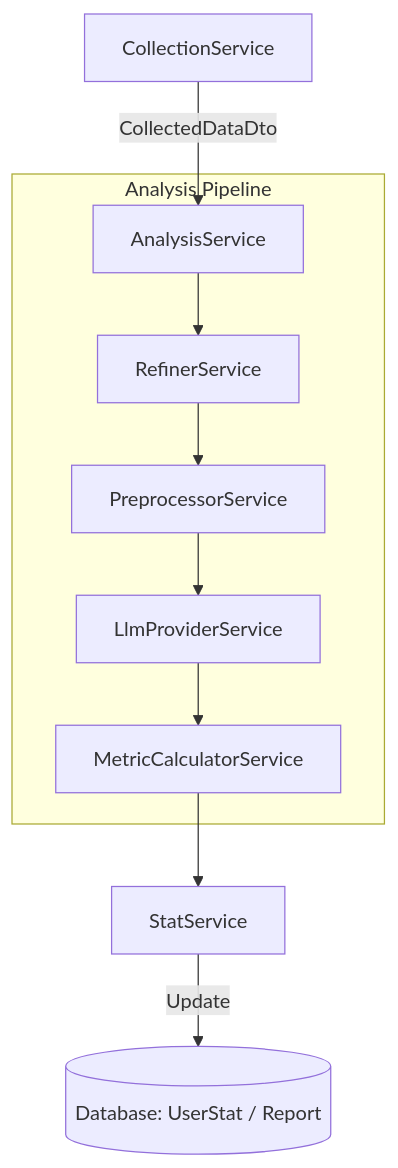
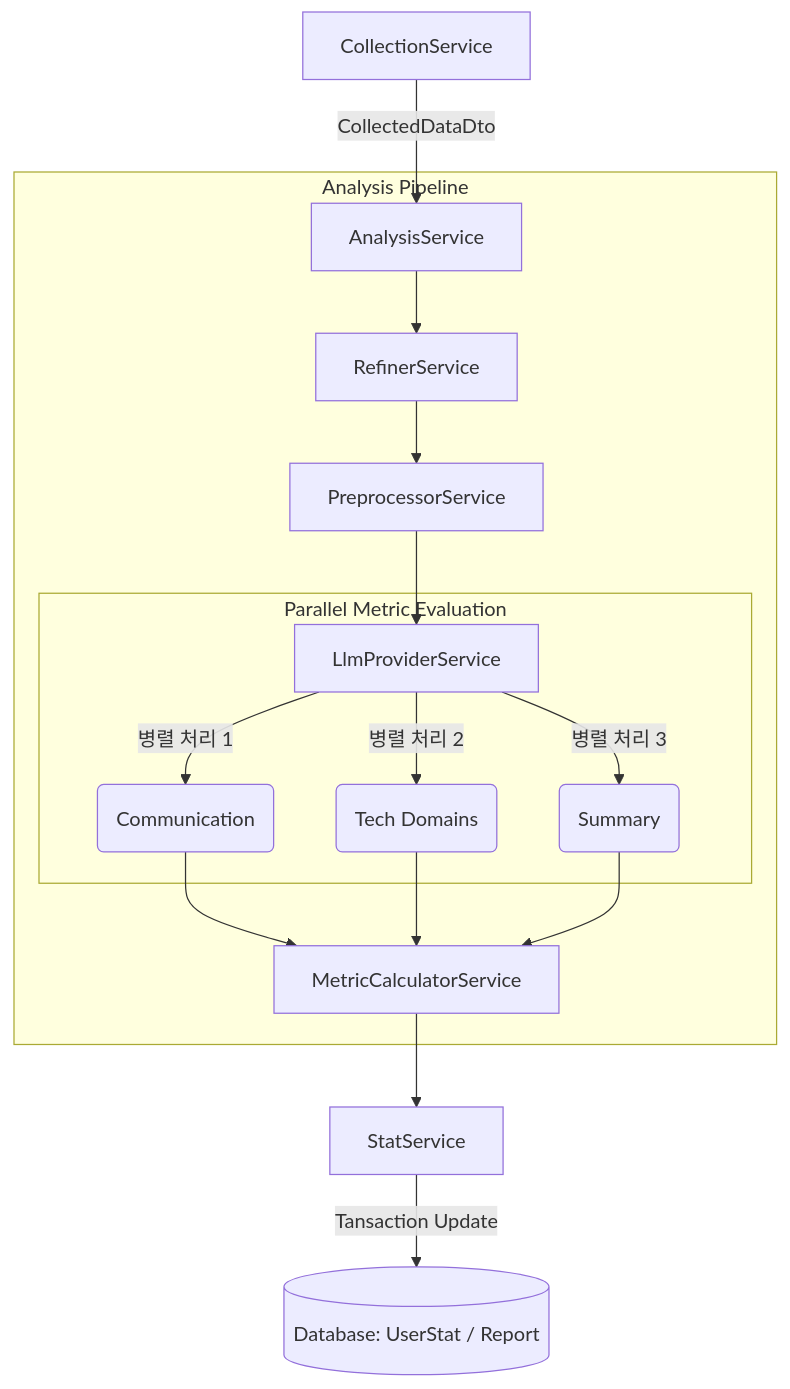
The diagram in docs/ANALYSIS_ARCHITECTURE.md (chya-chya/git-mate-backend), drawn with Mermaid before and after one commit. The commit also changed other lines of this file and 37 other files, not shown here.

````diff
--- a/docs/ANALYSIS_ARCHITECTURE.md
+++ b/docs/ANALYSIS_ARCHITECTURE.md
@@ -7,12 +7,24 @@
 ```mermaid
 graph TD
     A[CollectionService] -->|CollectedDataDto| B[AnalysisService]
+    
     subgraph Analysis Pipeline
         B --> C[RefinerService]
         C --> D[PreprocessorService]
+        
         D --> E[LlmProviderService]
-        E --> F[MetricCalculatorService]
+        
+        subgraph Parallel Metric Evaluation
+            E -->|병렬 처리 1| E1(Communication)
+            E -->|병렬 처리 2| E2(Tech Domains)
+            E -->|병렬 처리 3| E3(Summary)
+        end
+        
+        E1 --> F[MetricCalculatorService]
+        E2 --> F
+        E3 --> F
     end
+    
     F --> G[StatService]
-    G -->|Update| H[(Database: UserStat / Report)]
+    G -->|Tansaction Update| H[(Database: UserStat / Report)]
 ```
````
